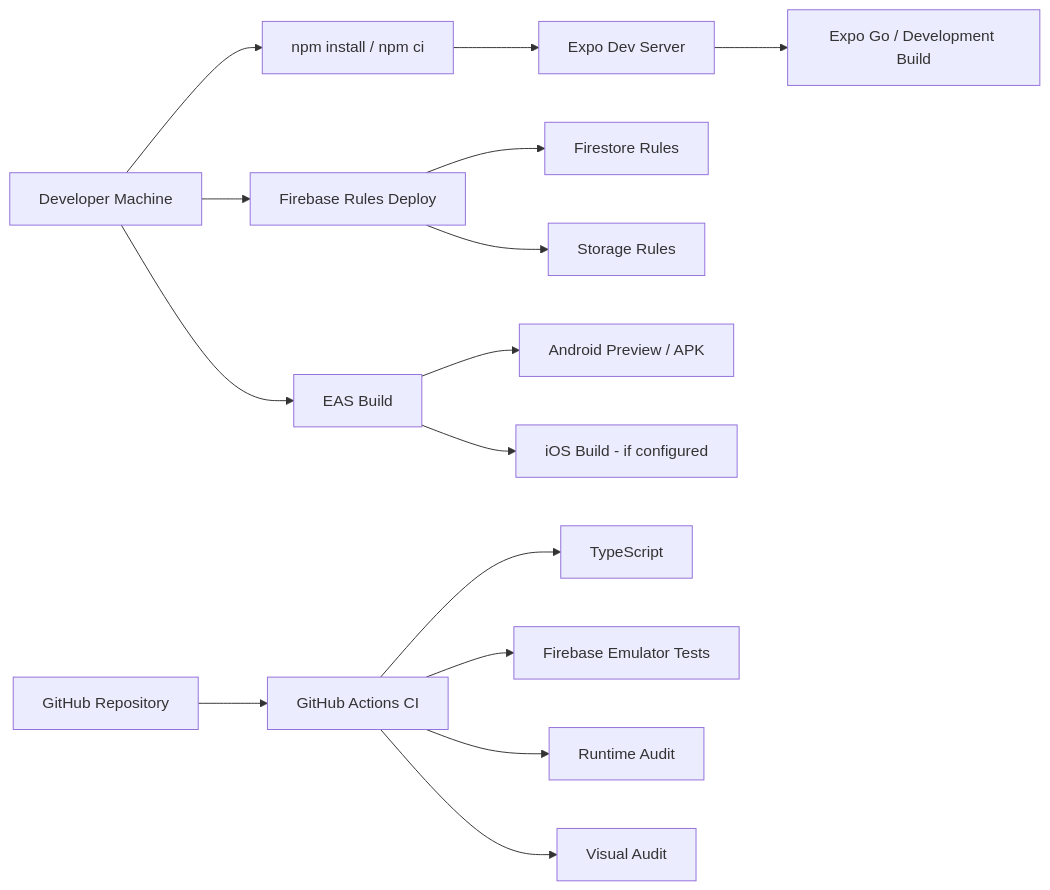
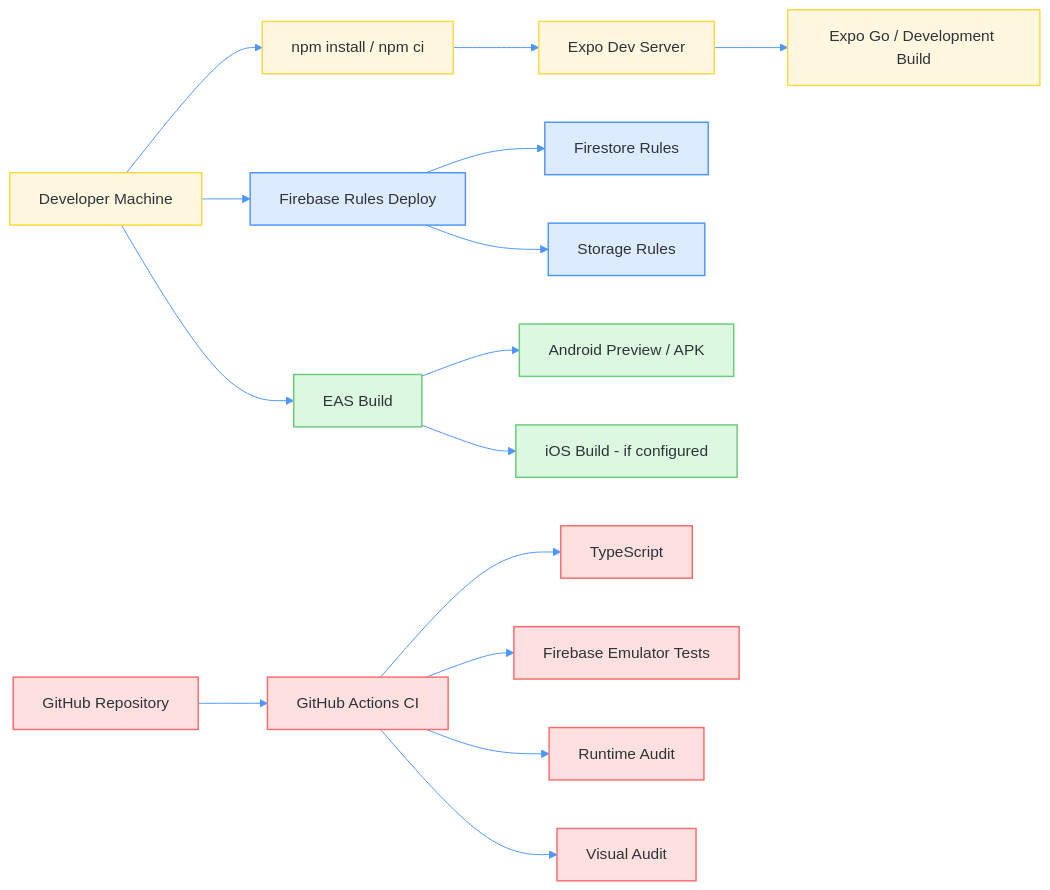
Before and after one commit to angelperezcastro/LociLandApp: the ninth of 9 diagrams in README.md, drawn with Mermaid. The commit also changed other lines of this file, not shown here.

Commit message:
Updated diagrams (README)

````diff
--- a/README.md
+++ b/README.md
@@ -821,20 +875,31 @@
 ```mermaid
+%%{init: {"theme":"base","themeVariables":{"background":"#FFFFFF","mainBkg":"#FFFFFF","primaryColor":"#FFF7DF","primaryTextColor":"#2D3436","primaryBorderColor":"#FFD93D","lineColor":"#4D96FF","secondaryColor":"#DDEBFF","tertiaryColor":"#DDF8E1","fontFamily":"Nunito, Arial, sans-serif","clusterBkg":"#FFFFFF","clusterBorder":"#E9DFC7","edgeLabelBackground":"#FFFFFF","actorBkg":"#FFF7DF","actorBorder":"#FFD93D","actorTextColor":"#2D3436","activationBkg":"#DDEBFF","activationBorderColor":"#4D96FF","sequenceNumberColor":"#2D3436","noteBkgColor":"#FFF7DF","noteTextColor":"#2D3436","stateBkg":"#FFF7DF","stateBorder":"#FFD93D","stateLabelColor":"#2D3436","labelBoxBkgColor":"#FFFFFF","labelBoxBorderColor":"#E9DFC7","entityBkg":"#FFF7DF","entityBorder":"#FFD93D","relationLabelBackground":"#FFFFFF"}}}%%
 flowchart LR
     Dev[Developer Machine] --> NPM[npm install / npm ci]
     NPM --> ExpoDev[Expo Dev Server]
     ExpoDev --> Device[Expo Go / Development Build]
 
     Dev --> FirebaseDeploy[Firebase Rules Deploy]
     FirebaseDeploy --> FirestoreRules[Firestore Rules]
     FirebaseDeploy --> StorageRules[Storage Rules]
 
     Dev --> EAS[EAS Build]
     EAS --> Android[Android Preview / APK]
     EAS --> iOS[iOS Build - if configured]
 
     GitHub[GitHub Repository] --> Actions[GitHub Actions CI]
     Actions --> Typecheck[TypeScript]
     Actions --> RulesTests[Firebase Emulator Tests]
     Actions --> Audit[Runtime Audit]
     Actions --> VisualAudit[Visual Audit]
+
+    classDef local fill:#FFF7DF,stroke:#FFD93D,stroke-width:1.5px,color:#2D3436
+    classDef firebase fill:#DDEBFF,stroke:#4D96FF,stroke-width:1.5px,color:#2D3436
+    classDef build fill:#DDF8E1,stroke:#6BCB77,stroke-width:1.5px,color:#2D3436
+    classDef ci fill:#FFE0E0,stroke:#FF6B6B,stroke-width:1.5px,color:#2D3436
+
+    class Dev,NPM,ExpoDev,Device local
+    class FirebaseDeploy,FirestoreRules,StorageRules firebase
+    class EAS,Android,iOS build
+    class GitHub,Actions,Typecheck,RulesTests,Audit,VisualAudit ci
 ```
````
